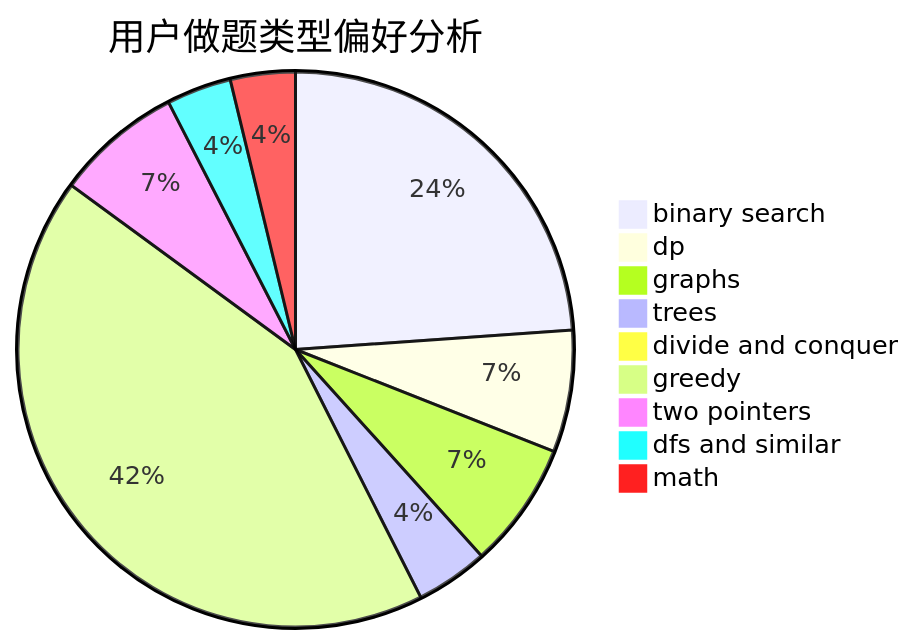
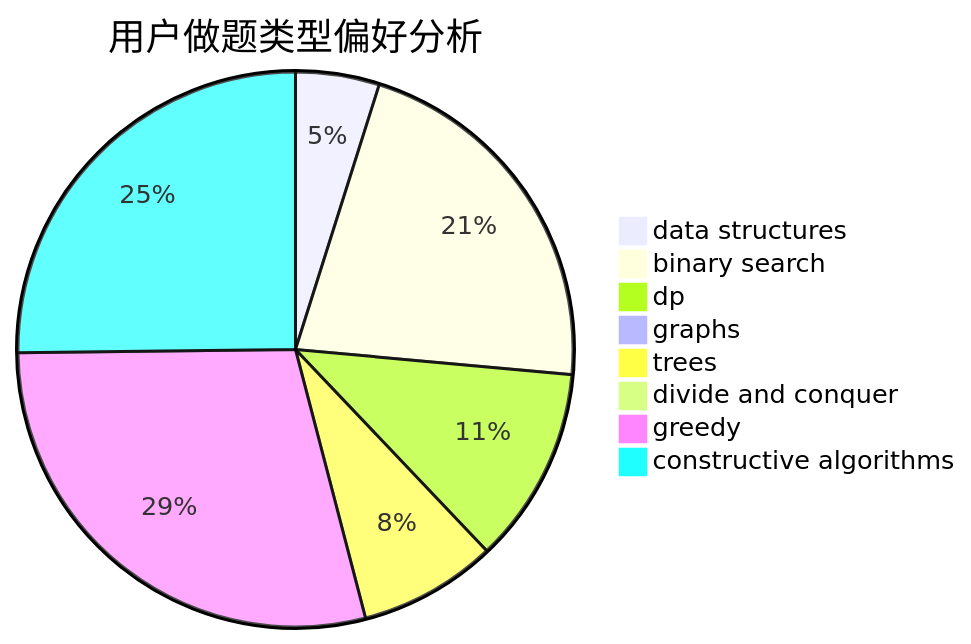
One commit to sherpahu/cfrs.github.io changed the second of 3 diagrams in docs/user/u1385.md. Above: the diagram before and after it, drawn with Mermaid. The commit also changed other lines of this file and 2775 other files, not shown here.

````diff
--- a/docs/user/u1385.md
+++ b/docs/user/u1385.md
@@ -23,12 +23,11 @@
 ```mermaid
 pie title 用户做题类型偏好分析
-    "binary search" :  582
-    "dp" :  173
-    "graphs" :  179
-    "trees" :  103
-    "divide and conquer" :  20
-    "greedy" :  1036
-    "two pointers" :  180
-    "dfs and similar" :  92
-    "math" :  92
+    "data structures" :  54
+    "binary search" :  239
+    "dp" :  127
+    "graphs" :  10
+    "trees" :  89
+    "divide and conquer" :  0
+    "greedy" :  320
+    "constructive algorithms" :  279
 ```
````
